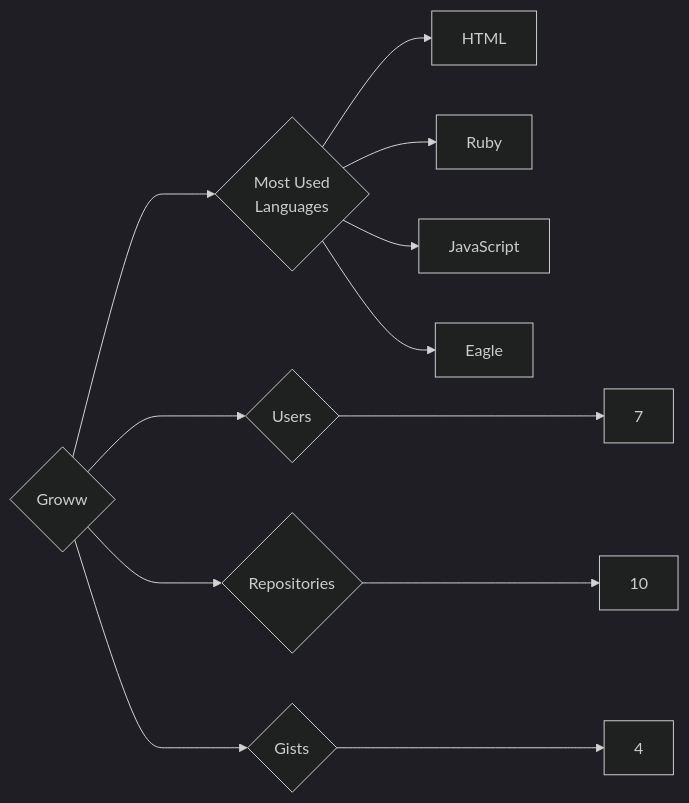
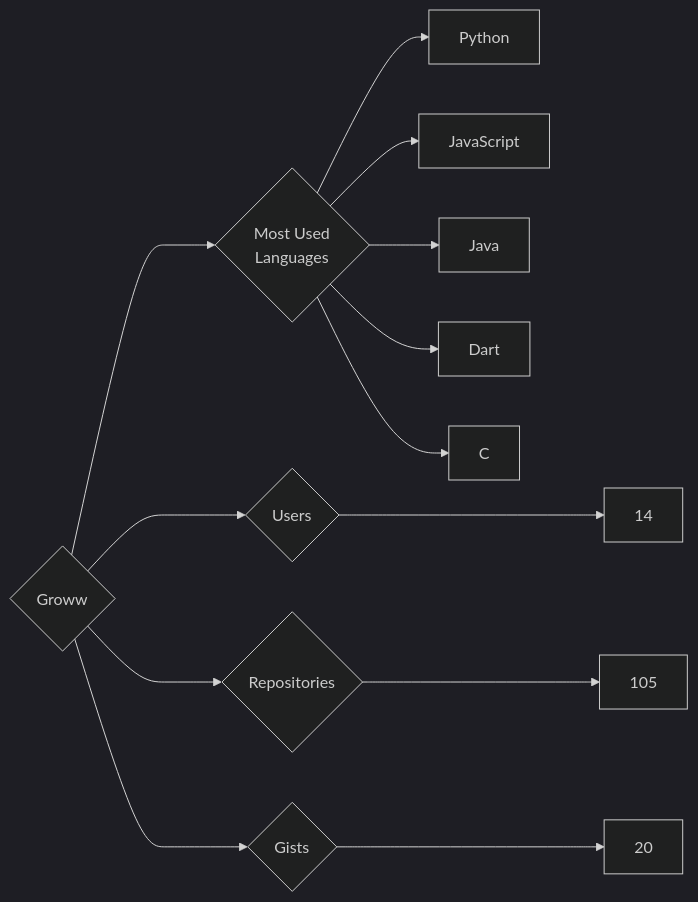
One commit to trickest/insiders changed the diagram in targets/Groww/README.md. Above: the diagram before and after it, drawn with Mermaid (dark theme). The commit also changed 1023 other files, not shown here.

````diff
--- a/targets/Groww/README.md
+++ b/targets/Groww/README.md
@@ -3,12 +3,13 @@
 ```mermaid
 graph LR
 COMPANY_NAME{Groww}
-COMPANY_NAME ---> U{Users} ---> UN[7]
-COMPANY_NAME ---> R{Repositories} ---> RN[10]
-COMPANY_NAME ---> G{Gists} ---> GN[4]
+COMPANY_NAME ---> U{Users} ---> UN[14]
+COMPANY_NAME ---> R{Repositories} ---> RN[105]
+COMPANY_NAME ---> G{Gists} ---> GN[20]
 COMPANY_NAME ---> ML{Most Used<br>Languages}
-ML --> HTML[HTML]
-ML --> Ruby[Ruby]
+ML --> Python[Python]
 ML --> JavaScript[JavaScript]
-ML --> Eagle[Eagle]
+ML --> Java[Java]
+ML --> Dart[Dart]
+ML --> C[C]
 ```
````
